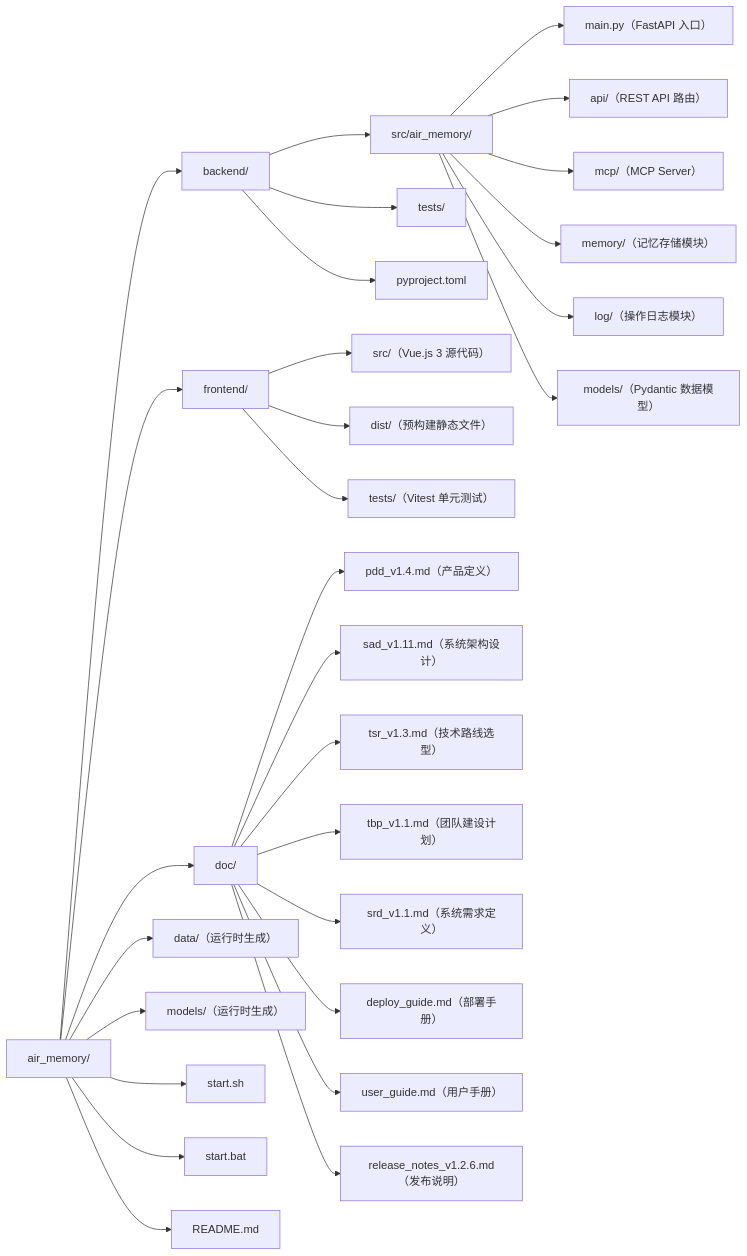
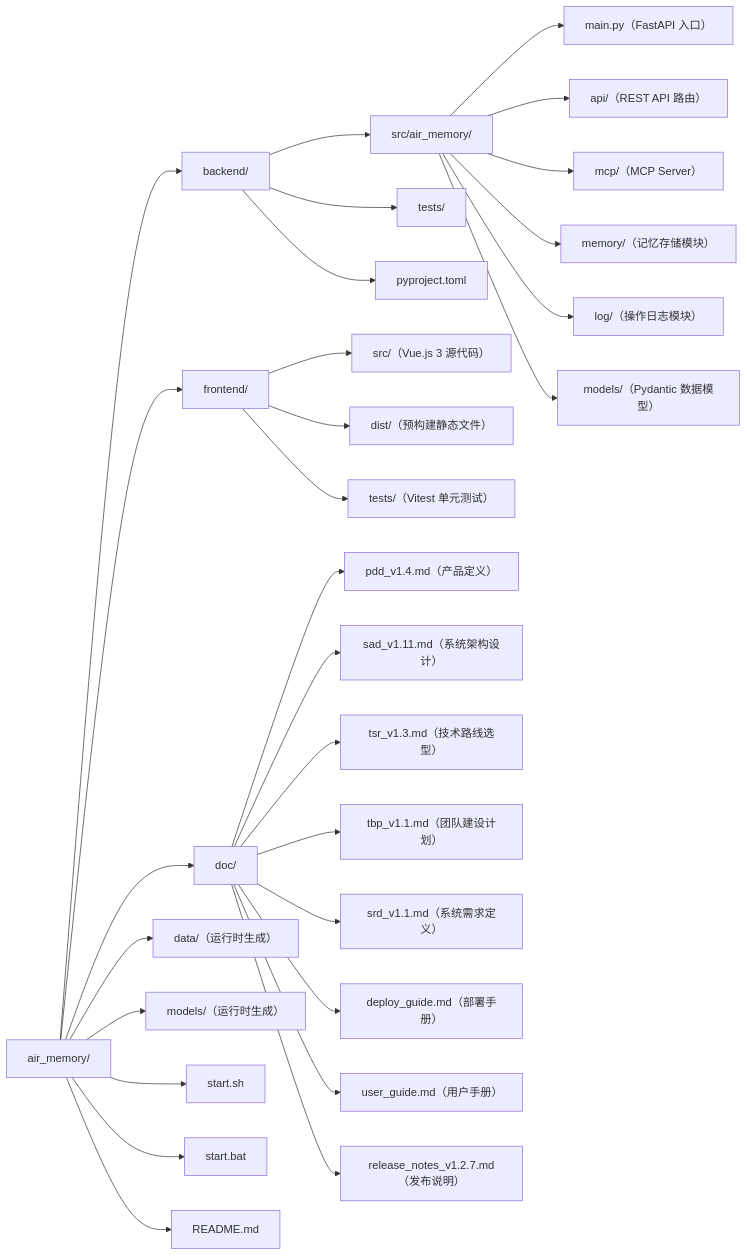
Before and after one commit to SevenLv/air_memory: the diagram in README.md, drawn with Mermaid. The commit also changed other lines of this file and 9 other files, not shown here.

````diff
--- a/README.md
+++ b/README.md
@@ -50,37 +50,37 @@
 ```mermaid
 graph LR
     ROOT["air_memory/"]
 
     ROOT --> BACKEND["backend/"]
     ROOT --> FRONTEND["frontend/"]
     ROOT --> DOC["doc/"]
     ROOT --> DATA["data/（运行时生成）"]
     ROOT --> MODELS["models/（运行时生成）"]
     ROOT --> START_SH["start.sh"]
     ROOT --> START_BAT["start.bat"]
     ROOT --> README["README.md"]
 
     BACKEND --> BE_SRC["src/air_memory/"]
     BACKEND --> BE_TESTS["tests/"]
     BACKEND --> BE_PYPROJECT["pyproject.toml"]
 
     BE_SRC --> BE_MAIN["main.py（FastAPI 入口）"]
     BE_SRC --> BE_API["api/（REST API 路由）"]
     BE_SRC --> BE_MCP["mcp/（MCP Server）"]
     BE_SRC --> BE_MEM["memory/（记忆存储模块）"]
     BE_SRC --> BE_LOG["log/（操作日志模块）"]
     BE_SRC --> BE_MODELS["models/（Pydantic 数据模型）"]
 
     FRONTEND --> FE_SRC["src/（Vue.js 3 源代码）"]
     FRONTEND --> FE_DIST["dist/（预构建静态文件）"]
     FRONTEND --> FE_TESTS["tests/（Vitest 单元测试）"]
 
     DOC --> D1["pdd_v1.4.md（产品定义）"]
     DOC --> D2["sad_v1.11.md（系统架构设计）"]
     DOC --> D3["tsr_v1.3.md（技术路线选型）"]
     DOC --> D4["tbp_v1.1.md（团队建设计划）"]
     DOC --> D5["srd_v1.1.md（系统需求定义）"]
     DOC --> D6["deploy_guide.md（部署手册）"]
     DOC --> D7["user_guide.md（用户手册）"]
-    DOC --> D8["release_notes_v1.2.6.md（发布说明）"]
+    DOC --> D8["release_notes_v1.2.7.md（发布说明）"]
 ```
````
